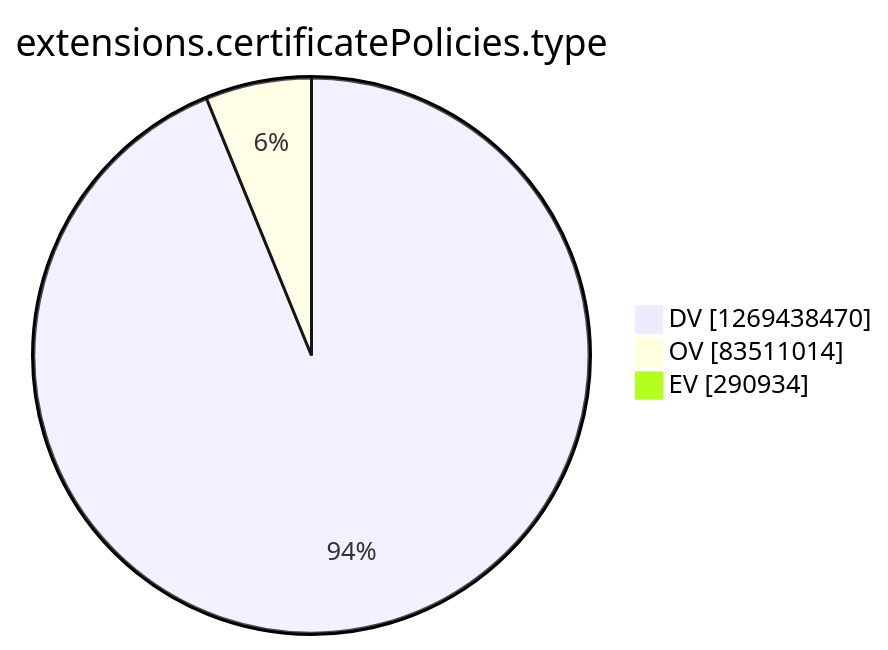
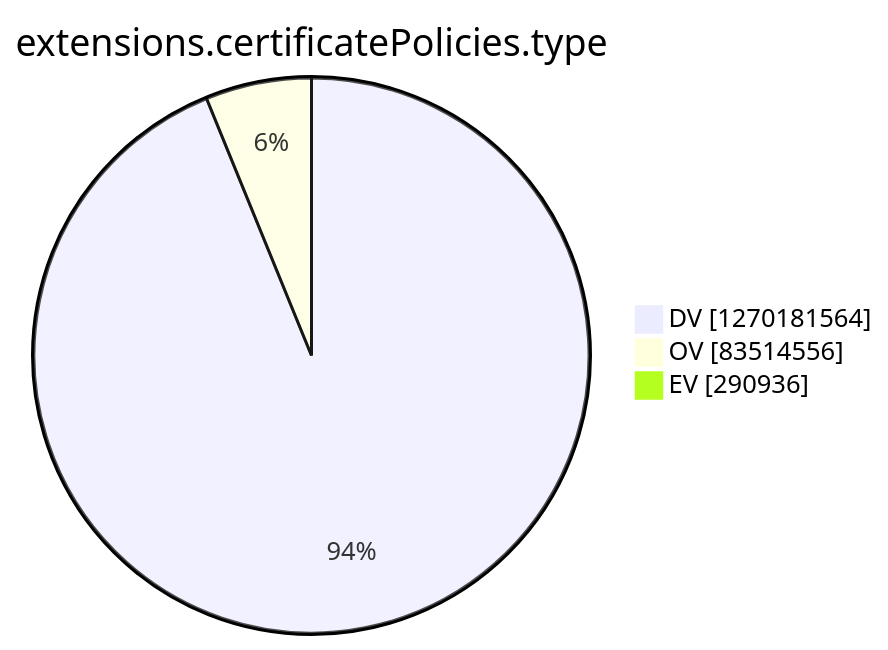
One commit to christiankrug/ctmonitor_visualization changed the tenth of 15 diagrams in argon2022/README.md. Above: the diagram before and after it, drawn with Mermaid. The commit also changed other lines of this file, not shown here.

````diff
--- a/argon2022/README.md
+++ b/argon2022/README.md
@@ -2771,7 +2771,7 @@
 ```mermaid
 pie showData
 title extensions.certificatePolicies.type
-"DV" :1269438470
-"OV" :83511014
-"EV" :290934
+"DV" :1270181564
+"OV" :83514556
+"EV" :290936
 ```
````
